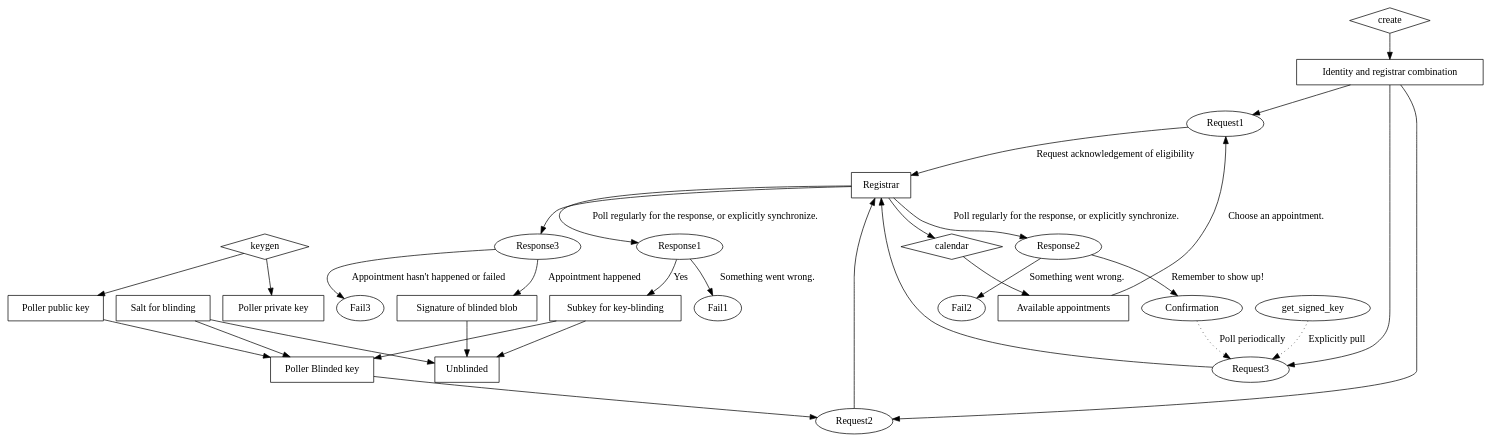
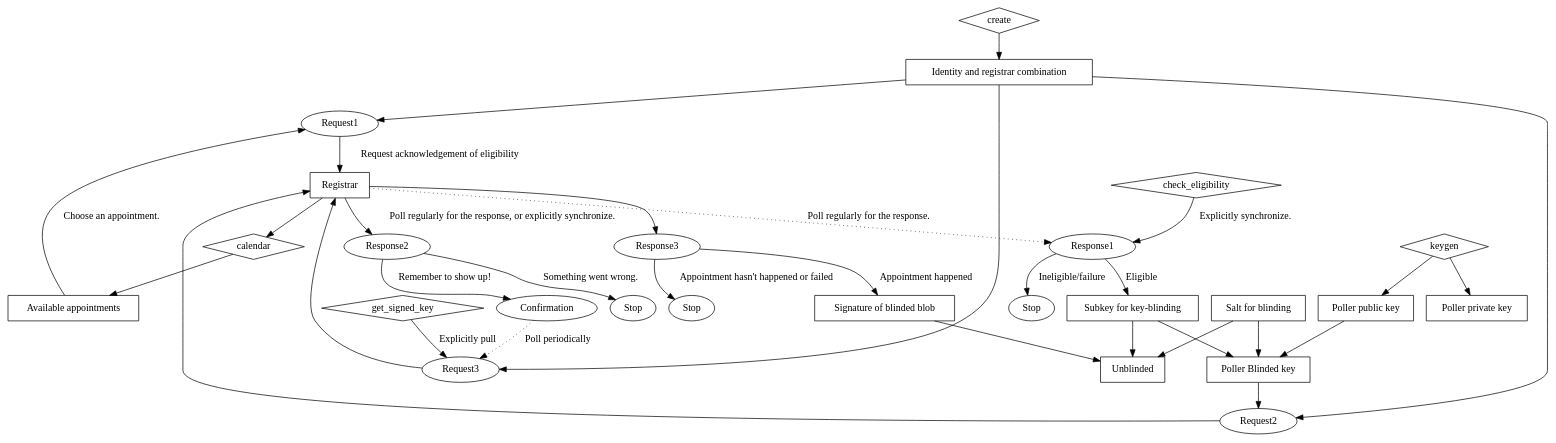
One commit to securepollingsystem/securepolling changed the diagram in doc/securepolling.dot. Above: the diagram before and after it, drawn with Graphviz.

Commit message:
diamonds

```diff
--- a/doc/securepolling.dot
+++ b/doc/securepolling.dot
@@ -1,59 +1,64 @@
 // Registrar process
 digraph {
   // Step 1
   create [shape="diamond"]
   Identity [label="Identity and registrar combination" shape="box"]
 
   create -> Identity
 
   keygen [shape="diamond"]
   Public [label="Poller public key" shape="box"]
   Private [label="Poller private key" shape="box"]
 
   keygen -> Public
   keygen -> Private
 
   calendar [shape="diamond"]
   Appointments [label="Available appointments" shape="box"]
   Registrar -> calendar -> Appointments
 
   Appointments -> Request1 [label="Choose an appointment."]
   Identity -> Request1
   Request1 -> Registrar [label="Request acknowledgement of eligibility"]
 
-  Registrar -> Response1 [label="Poll regularly for the response, or explicitly synchronize."]
-  Response1 -> Subkey [label="Yes"]
-  Response1 -> Fail1 [label="Something went wrong."]
+  CheckEligibility [label="check_eligibility" shape="diamond"]
+  Registrar -> Response1 [label="Poll regularly for the response." style="dotted"]
+  CheckEligibility -> Response1 [label="Explicitly synchronize."]
+  Response1 -> Subkey [label="Eligible"]
+  Response1 -> Fail1 [label="Ineligible/failure"]
+  Fail1 [label="Stop"]
 
   Subkey [label="Subkey for key-blinding" shape="box"]
   Salt [label="Salt for blinding" shape="box"]
 
   Blinded [label="Poller Blinded key" shape="box"]
   Subkey -> Blinded
   Salt -> Blinded
   Public -> Blinded
 
   Identity -> Request2
   Blinded  -> Request2 -> Registrar
   Registrar -> Response2 [label="Poll regularly for the response, or explicitly synchronize."]
   Response2 -> Confirmation [label="Remember to show up!"]
   Response2 -> Fail2 [label="Something went wrong."]
+  Fail2 [label="Stop"]
 
   // Step 2
-  Sync [label="get_signed_key" style=diamond]
+  Sync [label="get_signed_key" shape=diamond]
+  Fail3 [label="Stop"]
   Identity -> Request3
-  Sync -> Request3 [style=dotted label="Explicitly pull"]
+  Sync -> Request3 [label="Explicitly pull"]
   Confirmation -> Request3 [style=dotted label="Poll periodically"]
   Request3 -> Registrar
   Registrar -> Response3
   Response3 -> SignedBlinded [label="Appointment happened"]
   Response3 -> Fail3 [label="Appointment hasn't happened or failed"]
   SignedBlinded [label="Signature of blinded blob" shape="box"]
 
   Salt -> Unblinded
   Subkey -> Unblinded
   SignedBlinded -> Unblinded
 
   Registrar [shape="box"]
   Unblinded [shape="box"]
 }
```
